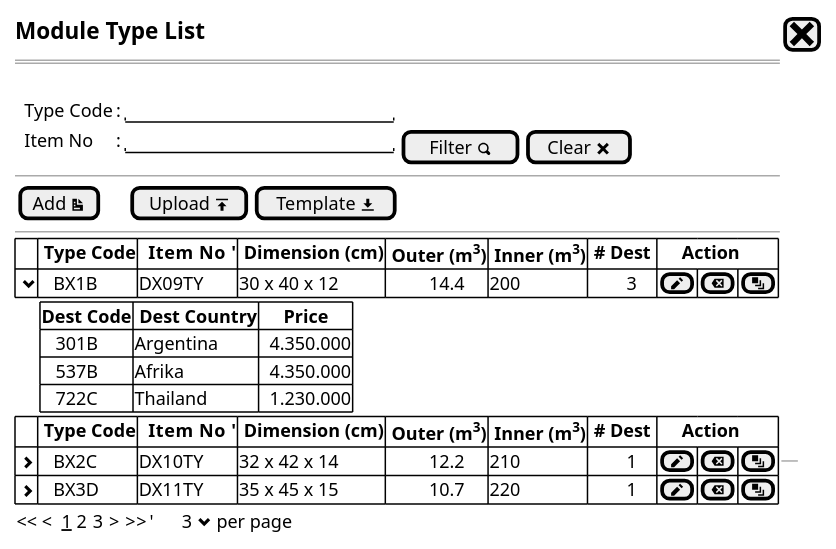
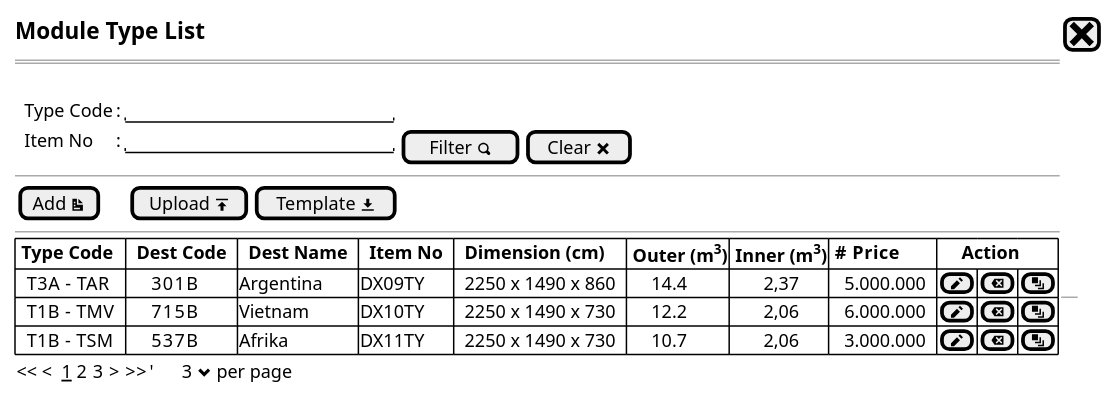
The diagram in Module Type/module type - list step0b.puml (ari-fikri/packing-cost-mockup), drawn with PlantUML before and after one commit. The commit also changed 4 other files, not shown here.

Commit message:
- menambahkan kolom Dest CD, Dest NM & Price - Takeout chevron & expand - Takeout Add Destination

```diff
--- a/Module Type/module type - list step0b.puml
+++ b/Module Type/module type - list step0b.puml
@@ -1,38 +1,29 @@
 @startsalt
 {
   <size:15><b>Module Type List|[<size:25><&x>]|*
   ==
   .
   {
       .|Type Code    |: |"                      "|*
       .|Item No      |: |"                      "| [Filter <&magnifying-glass>]| [Clear <&x>]| *      
 
   }
   --
   {
   [Add <&document>]|.|.|.|[Upload <&data-transfer-upload>]| [Template <&data-transfer-download>]|*
   }
   --
   {#
-  |                . |<b> Type Code  |<b>  Item No  '|<b> Dimension (cm)  |<b> Outer (m<sup>3</sup>) |<b> Inner (m<sup>3</sup>)   | <b># Dest |<b>     Action |*|*|*
-  | <&chevron-bottom> |   BX1B        | DX09TY        | 30 x 40 x 12       |          14.4            | 200                        |        3 |[<&pencil>]|[<&delete>]|[<&layers>]|*
-  }
-  {.|.|.|
-    {#
-    |<b>Dest Code|<b> Dest Country|     <b>Price|*
-     |   301B    |Argentina       |  4.350.000|*
-     |   537B    |Afrika          |  4.350.000|*
-     |   722C    |Thailand        |  1.230.000|*
-    }*
-  }
-  {#
-  |                . |<b> Type Code  |<b>  Item No  '|<b> Dimension (cm)  |<b> Outer (m<sup>3</sup>) |<b> Inner (m<sup>3</sup>)   | <b># Dest |<b>     Action |*|*|*
-  | <&chevron-right> |   BX2C        | DX10TY        | 32 x 42 x 14       |          12.2            | 210                        |        1 |[<&pencil>]|[<&delete>]|[<&layers>]|*
-  | <&chevron-right> |   BX3D        | DX11TY        | 35 x 45 x 15       |          10.7            | 220                        |        1 |[<&pencil>]|[<&delete>]|[<&layers>]|*
-  }|
+  |<b> Type Code |<b>  Dest Code  |<b>  Dest Name  |<b>  Item No  | <b> Dimension (cm)  |<b> Outer (m<sup>3</sup>) |<b> Inner (m<sup>3</sup>) | <b>#  Price  |<b>     Action |*|*|*
+  |  T3A - TAR   |       301B     |     Argentina  | DX09TY       |  2250 x 1490 x 860  |      14.4                |        2,37              |   5.000.000  |[<&pencil>]|[<&delete>]|[<&layers>]|*
+  |  T1B - TMV   |       715B     |     Vietnam    | DX10TY       |  2250 x 1490 x 730  |      12.2                |        2,06              |   6.000.000  |[<&pencil>]|[<&delete>]|[<&layers>]|*
+  |  T1B - TSM   |       537B     |     Afrika     | DX11TY       |  2250 x 1490 x 730  |      10.7                |        2,06              |   3.000.000  |[<&pencil>]|[<&delete>]|[<&layers>]|*
+  
+  } 
+
   --
   {
   << <  __1__ 2 3  > >>  |'      3 <&chevron-bottom> per page |*
   }
 }
 @endsalt
```
